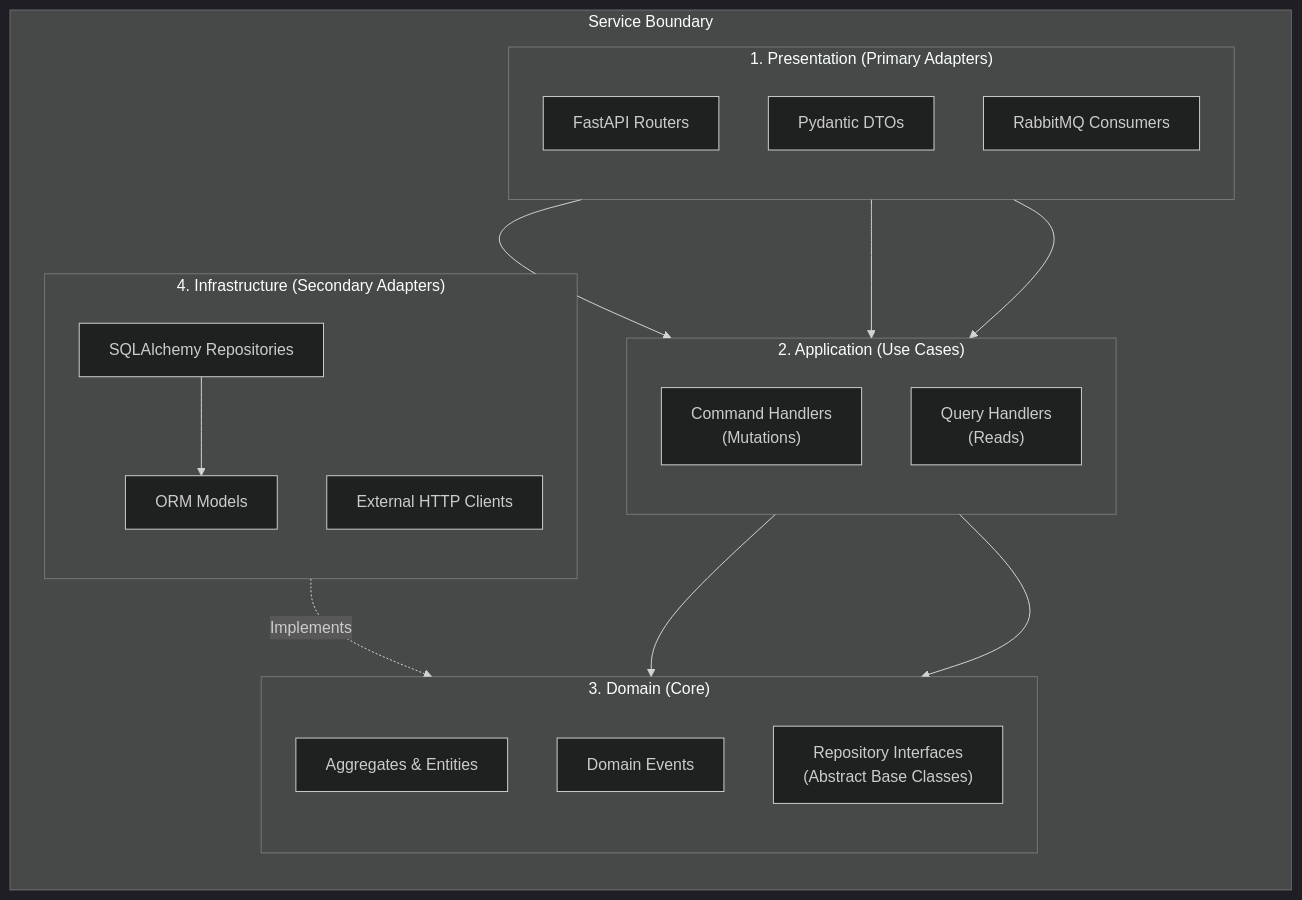
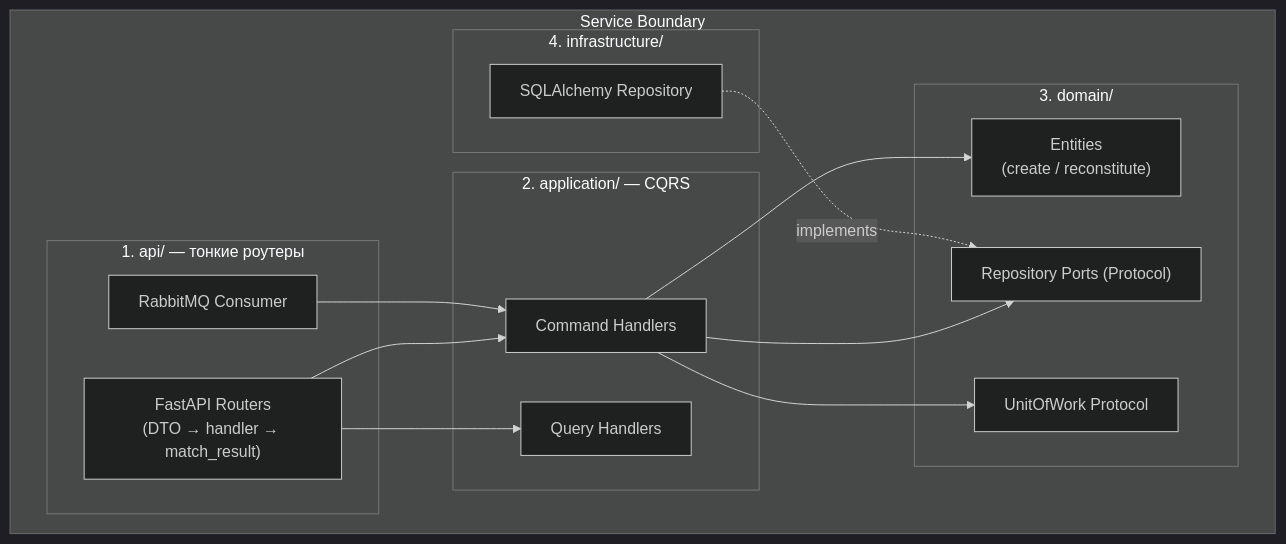
Before and after one commit to PVMalove/ProductsFlow: the second of 4 diagrams in README.md, drawn with Mermaid. The commit also changed other lines of this file and 256 other files, not shown here.

````diff
--- a/README.md
+++ b/README.md
@@ -176,42 +115,26 @@
 ```mermaid
 %%{init: {'theme': 'dark'}}%%
 graph TD
     subgraph "Service Boundary"
-        direction TB
-        subgraph "1. Presentation (Primary Adapters)"
-            direction TB
-            Routers["FastAPI Routers"]
-            Schemas["Pydantic DTOs"]
-            AMQPConsumer["RabbitMQ Consumers"]
+        subgraph "1. api/ — тонкие роутеры"
+            Routers["FastAPI Routers<br/>(DTO → handler → match_result)"]
+            AMQPConsumer["RabbitMQ Consumer"]
         end
-
-        subgraph "2. Application (Use Cases)"
-            direction TB
-            Commands["Command Handlers<br/>(Mutations)"]
-            Queries["Query Handlers<br/>(Reads)"]
+        subgraph "2. application/ — CQRS"
+            Commands["Command Handlers"]
+            Queries["Query Handlers"]
         end
-
-        subgraph "3. Domain (Core)"
-            direction TB
-            Entities["Aggregates & Entities"]
-            Events["Domain Events"]
-            Ports["Repository Interfaces<br/>(Abstract Base Classes)"]
+        subgraph "3. domain/"
+            Entities["Entities<br/>(create / reconstitute)"]
+            Ports["Repository Ports (Protocol)"]
+            UoW["UnitOfWork Protocol"]
         end
-
-        subgraph "4. Infrastructure (Secondary Adapters)"
-            direction TB
-            Repos["SQLAlchemy Repositories"]
-            Models["ORM Models"]
-            ExternalAPI["External HTTP Clients"]
+        subgraph "4. infrastructure/"
+            Repos["SQLAlchemy Repository"]
         end
-
         Routers --> Commands & Queries
         AMQPConsumer --> Commands
-
-        Commands --> Entities
-        Commands --> Ports
-
-        Repos -. "Implements" .-> Ports
-        Repos --> Models
+        Commands --> Entities & Ports & UoW
+        Repos -. implements .-> Ports
     end
 ```
````
